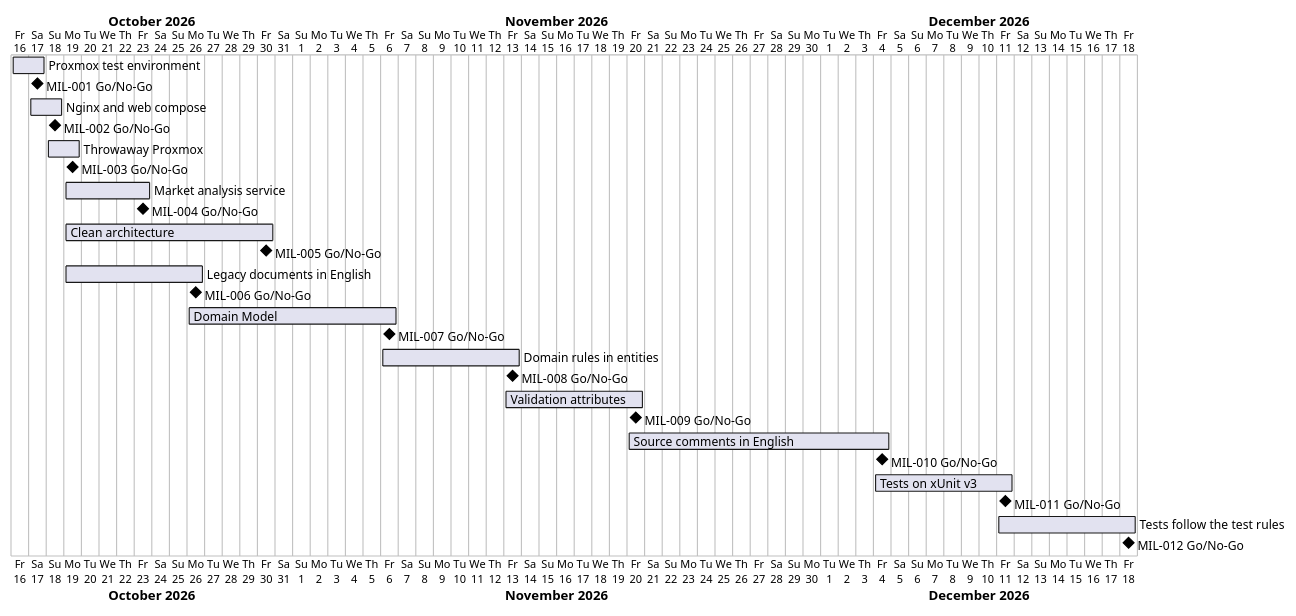
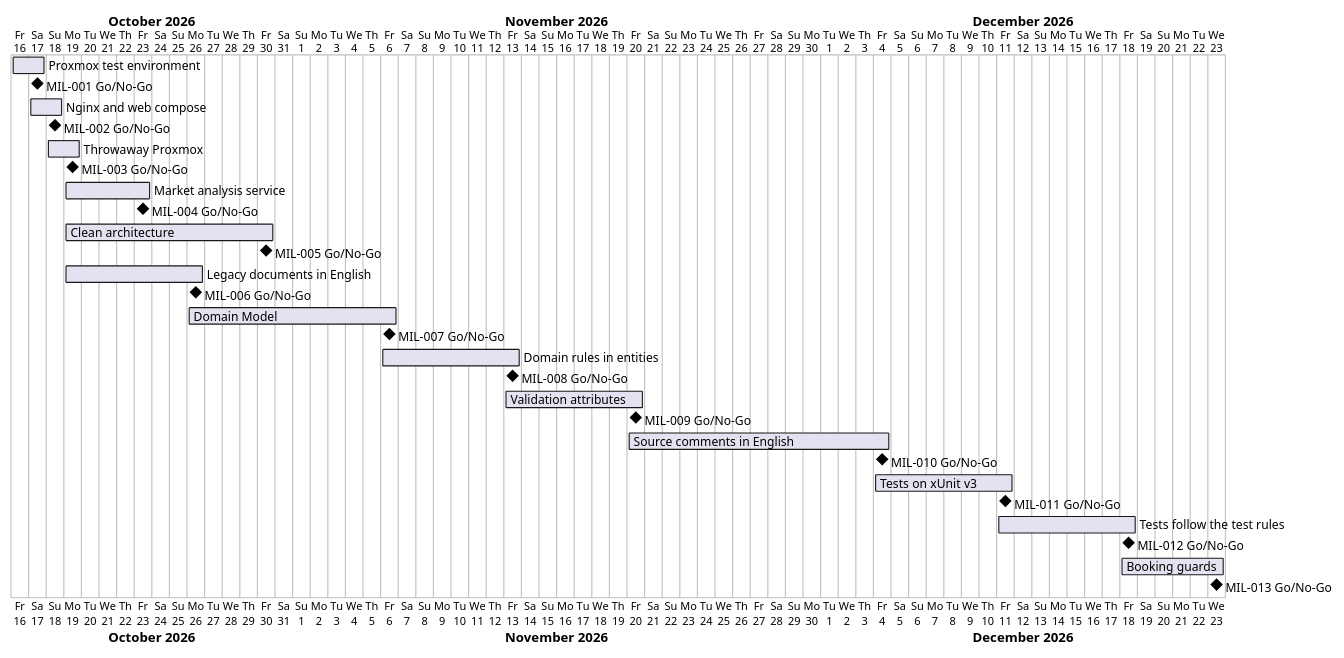
Before and after one commit to NF-Hotel/NFHotel: the diagram in docs/project-plan.md, drawn with PlantUML. The commit also changed other lines of this file and 5 other files, not shown here.

First line of the commit message:
Accept the booking guards milestone (MIL-013)

````diff
--- a/docs/project-plan.md
+++ b/docs/project-plan.md
@@ -50,29 +52,31 @@
 ```plantuml
 @startgantt
 Project starts 2026-10-16
 [Proxmox test environment] starts 2026-10-16 and ends 2026-10-17
 [MIL-001 Go/No-Go] happens 2026-10-17
 [Nginx and web compose] starts 2026-10-17 and ends 2026-10-18
 [MIL-002 Go/No-Go] happens 2026-10-18
 [Throwaway Proxmox] starts 2026-10-18 and ends 2026-10-19
 [MIL-003 Go/No-Go] happens 2026-10-19
 [Market analysis service] starts 2026-10-19 and ends 2026-10-23
 [MIL-004 Go/No-Go] happens 2026-10-23
 [Clean architecture] starts 2026-10-19 and ends 2026-10-30
 [MIL-005 Go/No-Go] happens 2026-10-30
 [Legacy documents in English] starts 2026-10-19 and ends 2026-10-26
 [MIL-006 Go/No-Go] happens 2026-10-26
 [Domain Model] starts 2026-10-26 and ends 2026-11-06
 [MIL-007 Go/No-Go] happens 2026-11-06
 [Domain rules in entities] starts 2026-11-06 and ends 2026-11-13
 [MIL-008 Go/No-Go] happens 2026-11-13
 [Validation attributes] starts 2026-11-13 and ends 2026-11-20
 [MIL-009 Go/No-Go] happens 2026-11-20
 [Source comments in English] starts 2026-11-20 and ends 2026-12-04
 [MIL-010 Go/No-Go] happens 2026-12-04
 [Tests on xUnit v3] starts 2026-12-04 and ends 2026-12-11
 [MIL-011 Go/No-Go] happens 2026-12-11
 [Tests follow the test rules] starts 2026-12-11 and ends 2026-12-18
 [MIL-012 Go/No-Go] happens 2026-12-18
+[Booking guards] starts 2026-12-18 and ends 2026-12-23
+[MIL-013 Go/No-Go] happens 2026-12-23
 @endgantt
 ```
````
